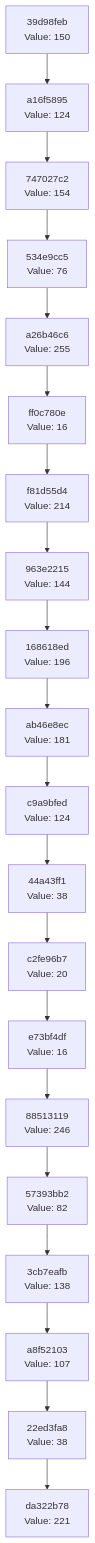
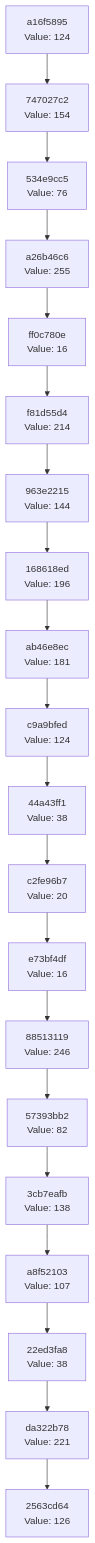
The diagram in docs/CHAIN_VISUALIZATION.md (Abhisheksinha1506/hash-chain-evolver), drawn with Mermaid before and after one commit. The commit also changed 3 other files, not shown here.

````diff
--- a/docs/CHAIN_VISUALIZATION.md
+++ b/docs/CHAIN_VISUALIZATION.md
@@ -3,42 +3,42 @@
 ```mermaid
 graph TD
-    C0["da322b78<br/>Value: 221"]
-    C1["22ed3fa8<br/>Value: 38"]
+    C0["2563cd64<br/>Value: 126"]
+    C1["da322b78<br/>Value: 221"]
     C1 --> C0
-    C2["a8f52103<br/>Value: 107"]
+    C2["22ed3fa8<br/>Value: 38"]
     C2 --> C1
-    C3["3cb7eafb<br/>Value: 138"]
+    C3["a8f52103<br/>Value: 107"]
     C3 --> C2
-    C4["57393bb2<br/>Value: 82"]
+    C4["3cb7eafb<br/>Value: 138"]
     C4 --> C3
-    C5["88513119<br/>Value: 246"]
+    C5["57393bb2<br/>Value: 82"]
     C5 --> C4
-    C6["e73bf4df<br/>Value: 16"]
+    C6["88513119<br/>Value: 246"]
     C6 --> C5
-    C7["c2fe96b7<br/>Value: 20"]
+    C7["e73bf4df<br/>Value: 16"]
     C7 --> C6
-    C8["44a43ff1<br/>Value: 38"]
+    C8["c2fe96b7<br/>Value: 20"]
     C8 --> C7
-    C9["c9a9bfed<br/>Value: 124"]
+    C9["44a43ff1<br/>Value: 38"]
     C9 --> C8
-    C10["ab46e8ec<br/>Value: 181"]
+    C10["c9a9bfed<br/>Value: 124"]
     C10 --> C9
-    C11["168618ed<br/>Value: 196"]
+    C11["ab46e8ec<br/>Value: 181"]
     C11 --> C10
-    C12["963e2215<br/>Value: 144"]
+    C12["168618ed<br/>Value: 196"]
     C12 --> C11
-    C13["f81d55d4<br/>Value: 214"]
+    C13["963e2215<br/>Value: 144"]
     C13 --> C12
-    C14["ff0c780e<br/>Value: 16"]
+    C14["f81d55d4<br/>Value: 214"]
     C14 --> C13
-    C15["a26b46c6<br/>Value: 255"]
+    C15["ff0c780e<br/>Value: 16"]
     C15 --> C14
-    C16["534e9cc5<br/>Value: 76"]
+    C16["a26b46c6<br/>Value: 255"]
     C16 --> C15
-    C17["747027c2<br/>Value: 154"]
+    C17["534e9cc5<br/>Value: 76"]
     C17 --> C16
-    C18["a16f5895<br/>Value: 124"]
+    C18["747027c2<br/>Value: 154"]
     C18 --> C17
-    C19["39d98feb<br/>Value: 150"]
+    C19["a16f5895<br/>Value: 124"]
     C19 --> C18
 ```
````
